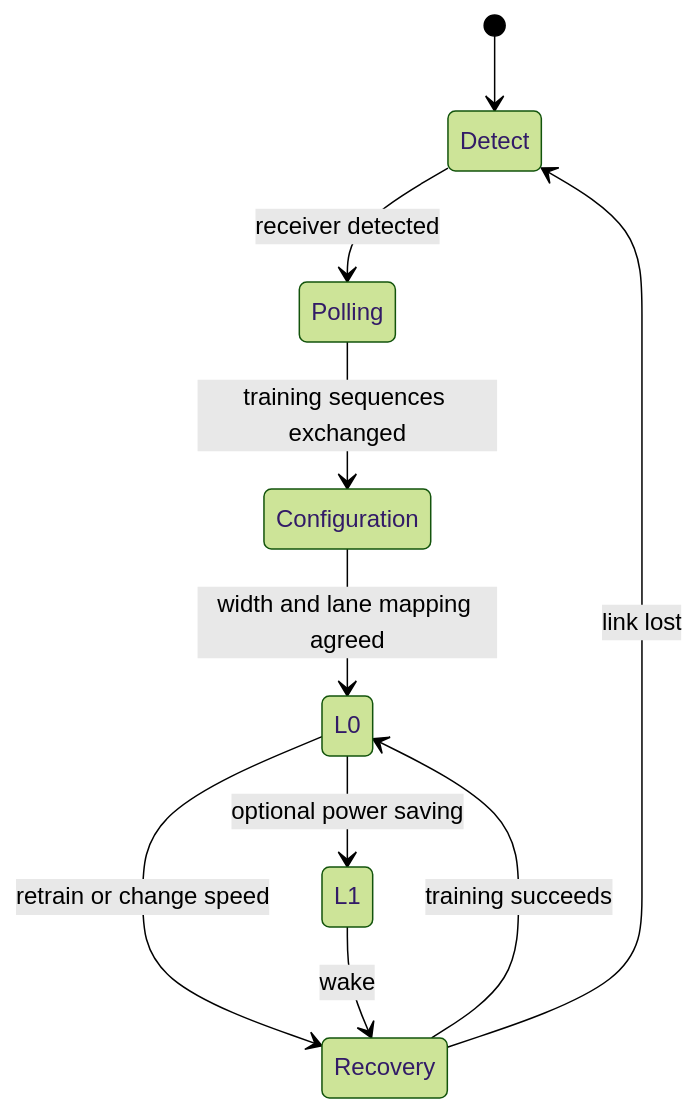
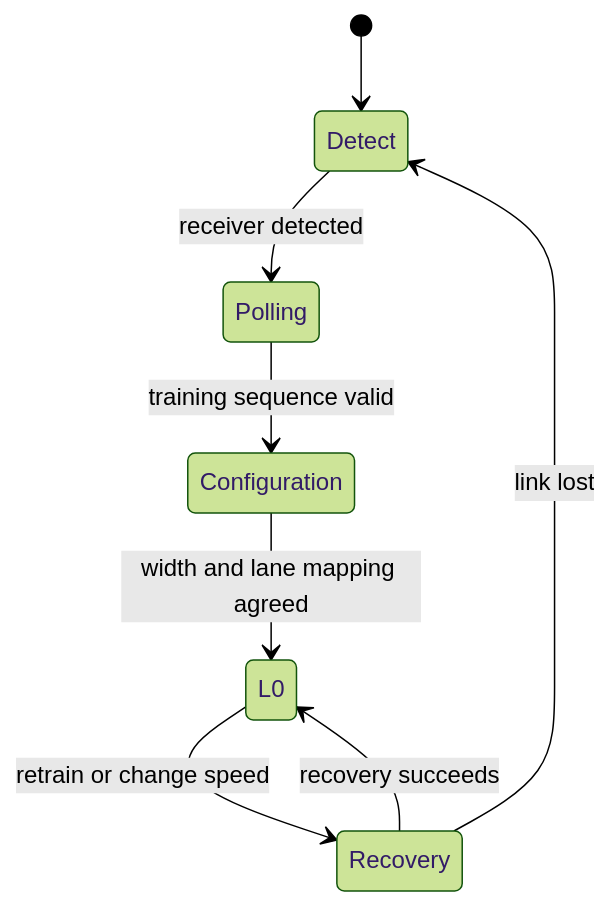
Before and after one commit to cdragon-ljl/EEandEdgeAI: the fourth of 5 diagrams in docs/articles/pcie/pci-01-topology-link-tlp.md, drawn with Mermaid (forest theme). The commit also changed other lines of this file and 24 other files, not shown here.

````diff
--- a/docs/articles/pcie/pci-01-topology-link-tlp.md
+++ b/docs/articles/pcie/pci-01-topology-link-tlp.md
@@ -130,12 +140,10 @@
 ```mermaid
 stateDiagram-v2
     [*] --> Detect
     Detect --> Polling: receiver detected
-    Polling --> Configuration: training sequences exchanged
+    Polling --> Configuration: training sequence valid
     Configuration --> L0: width and lane mapping agreed
     L0 --> Recovery: retrain or change speed
-    Recovery --> L0: training succeeds
-    L0 --> L1: optional power saving
-    L1 --> Recovery: wake
+    Recovery --> L0: recovery succeeds
     Recovery --> Detect: link lost
 ```
````
